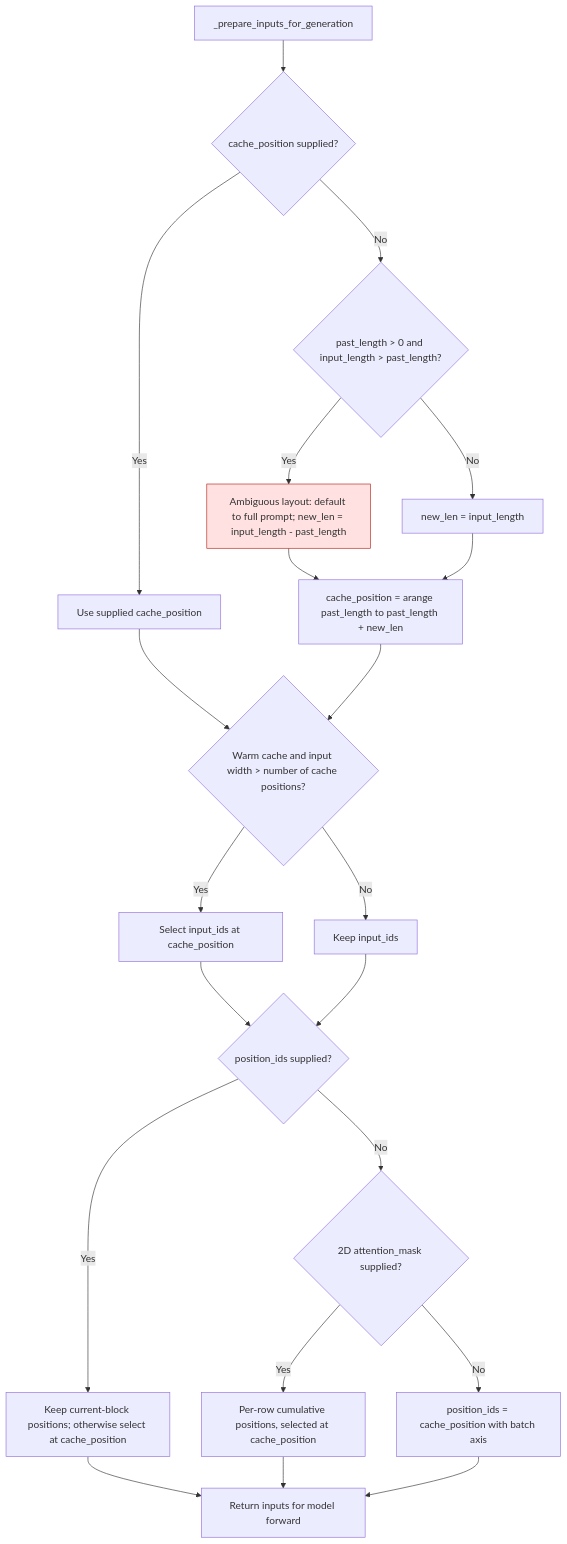
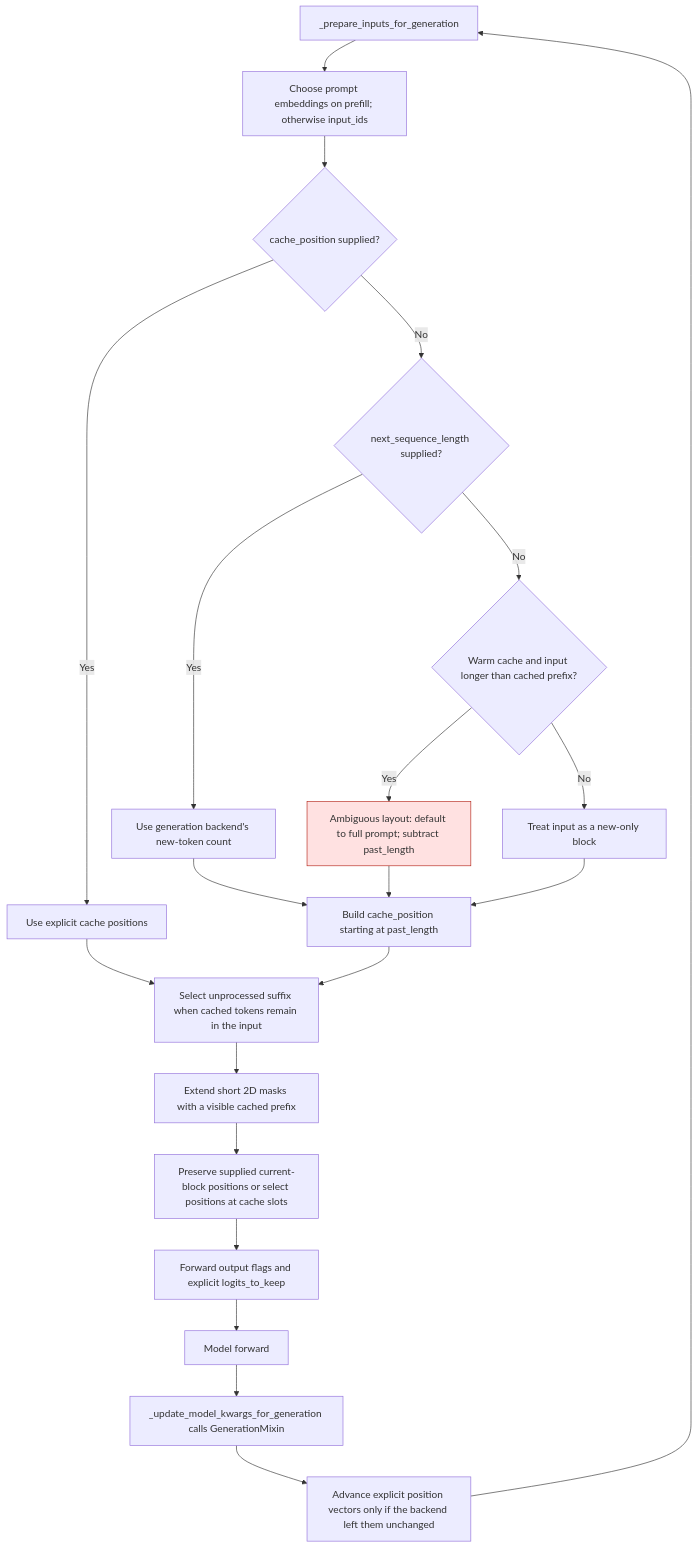
Before and after one commit to ModelCloud/GPTQModel: the first of 2 diagrams in docs/ricursive-cached-generation.md, drawn with Mermaid. The commit also changed other lines of this file and 7 other files, not shown here.

````diff
--- a/docs/ricursive-cached-generation.md
+++ b/docs/ricursive-cached-generation.md
@@ -12,24 +15,24 @@
 ```mermaid
 flowchart TD
-    A["_prepare_inputs_for_generation"] --> B{"cache_position supplied?"}
-    B -->|Yes| E["Use supplied cache_position"]
-    B -->|No| C{"past_length > 0 and input_length > past_length?"}
-    C -->|Yes| D["Ambiguous layout: default to full prompt; new_len = input_length - past_length"]
-    C -->|No| N["new_len = input_length"]
-    D --> P["cache_position = arange past_length to past_length + new_len"]
-    N --> P
-    E --> S{"Warm cache and input width > number of cache positions?"}
-    P --> S
-    S -->|Yes| T["Select input_ids at cache_position"]
-    S -->|No| U["Keep input_ids"]
-    T --> V{"position_ids supplied?"}
-    U --> V
-    V -->|Yes| W["Keep current-block positions; otherwise select at cache_position"]
-    V -->|No| X{"2D attention_mask supplied?"}
-    X -->|Yes| Y["Per-row cumulative positions, selected at cache_position"]
-    X -->|No| Z["position_ids = cache_position with batch axis"]
-    W --> R["Return inputs for model forward"]
-    Y --> R
-    Z --> R
-    style D fill:#ffe1e1,stroke:#b42318
+    A["_prepare_inputs_for_generation"] --> B["Choose prompt embeddings on prefill; otherwise input_ids"]
+    B --> C{"cache_position supplied?"}
+    C -->|Yes| P["Use explicit cache positions"]
+    C -->|No| D{"next_sequence_length supplied?"}
+    D -->|Yes| E["Use generation backend's new-token count"]
+    D -->|No| F{"Warm cache and input longer than cached prefix?"}
+    F -->|Yes| G["Ambiguous layout: default to full prompt; subtract past_length"]
+    F -->|No| H["Treat input as a new-only block"]
+    E --> I["Build cache_position starting at past_length"]
+    G --> I
+    H --> I
+    P --> J["Select unprocessed suffix when cached tokens remain in the input"]
+    I --> J
+    J --> K["Extend short 2D masks with a visible cached prefix"]
+    K --> L["Preserve supplied current-block positions or select positions at cache slots"]
+    L --> M["Forward output flags and explicit logits_to_keep"]
+    M --> N["Model forward"]
+    N --> O["_update_model_kwargs_for_generation calls GenerationMixin"]
+    O --> Q["Advance explicit position vectors only if the backend left them unchanged"]
+    Q --> A
+    style G fill:#ffe1e1,stroke:#b42318
 ```
````
